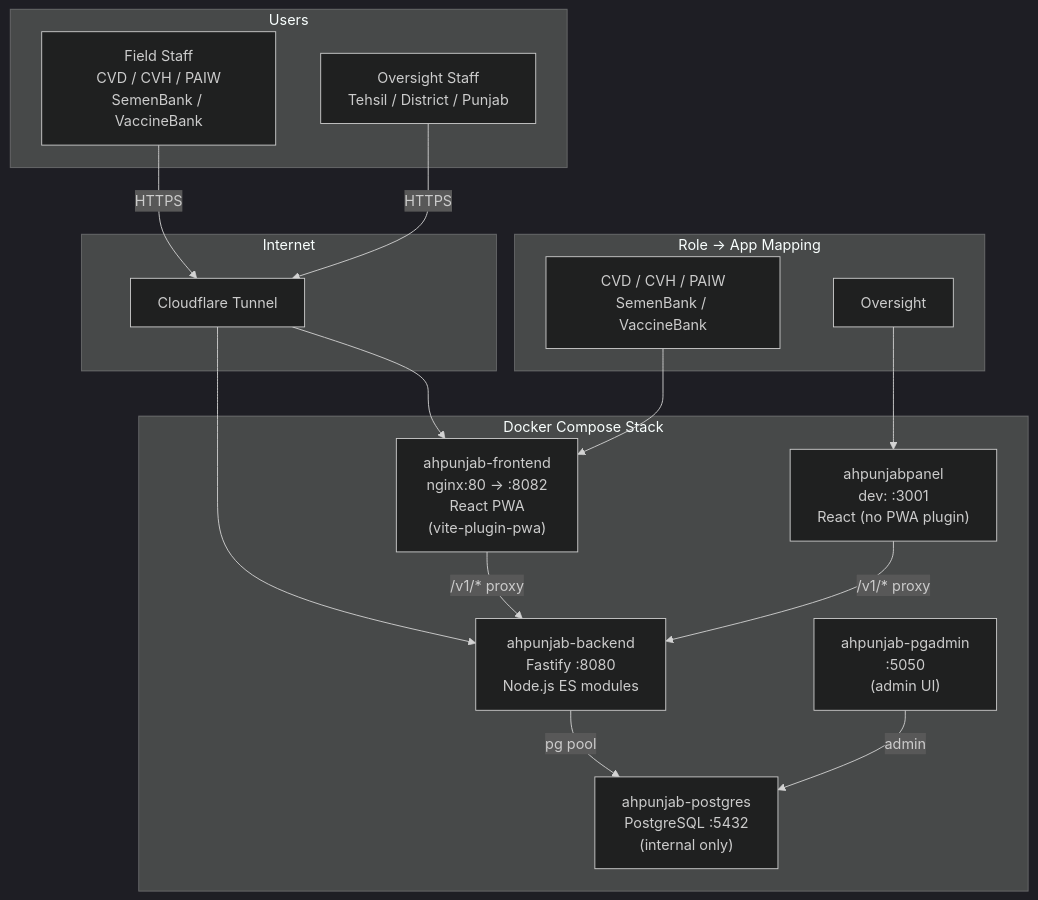
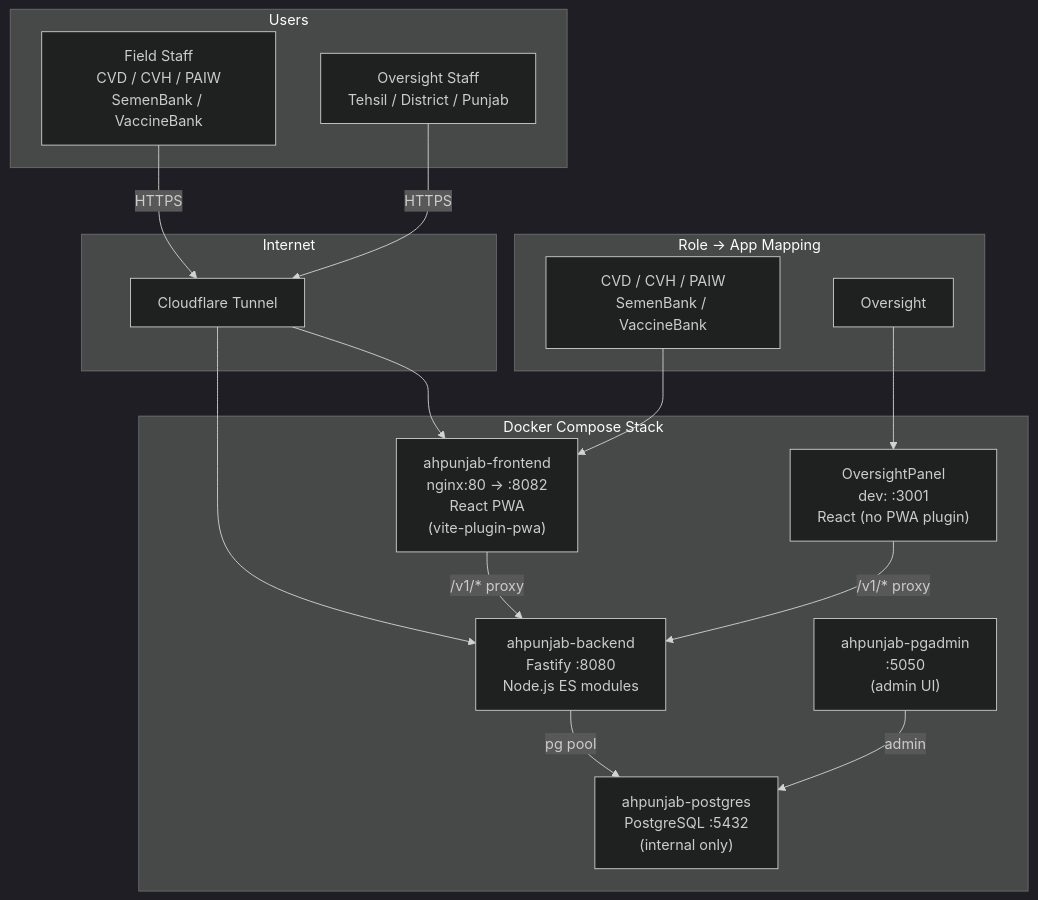
The diagram in uml/architecture.md (arshmalkana/CSCI_275), drawn with Mermaid (dark theme) before and after one commit. The commit also changed other lines of this file and 208 other files, not shown here.

````diff
--- a/uml/architecture.md
+++ b/uml/architecture.md
@@ -3,33 +3,33 @@
 ```mermaid
 flowchart TD
     subgraph Internet
         CF[Cloudflare Tunnel]
     end
 
     subgraph Users
         FU["Field Staff\nCVD / CVH / PAIW\nSemenBank / VaccineBank"]
         OV["Oversight Staff\nTehsil / District / Punjab"]
     end
 
     subgraph Docker["Docker Compose Stack"]
         FE["ahpunjab-frontend\nnginx:80 → :8082\nReact PWA\n(vite-plugin-pwa)"]
         BE["ahpunjab-backend\nFastify :8080\nNode.js ES modules"]
         PG["ahpunjab-postgres\nPostgreSQL :5432\n(internal only)"]
         PGA["ahpunjab-pgadmin\n:5050\n(admin UI)"]
-        PANEL["ahpunjabpanel\ndev: :3001\nReact (no PWA plugin)"]
+        PANEL["OversightPanel\ndev: :3001\nReact (no PWA plugin)"]
     end
 
     FU -->|HTTPS| CF
     OV -->|HTTPS| CF
     CF --> FE
     CF --> BE
     FE -->|/v1/* proxy| BE
     PANEL -->|/v1/* proxy| BE
     BE -->|pg pool| PG
     PGA -->|admin| PG
 
     subgraph RoleMap["Role → App Mapping"]
         R1["CVD / CVH / PAIW\nSemenBank / VaccineBank"] --> FE
         R2["Oversight"] --> PANEL
     end
 ```
````
